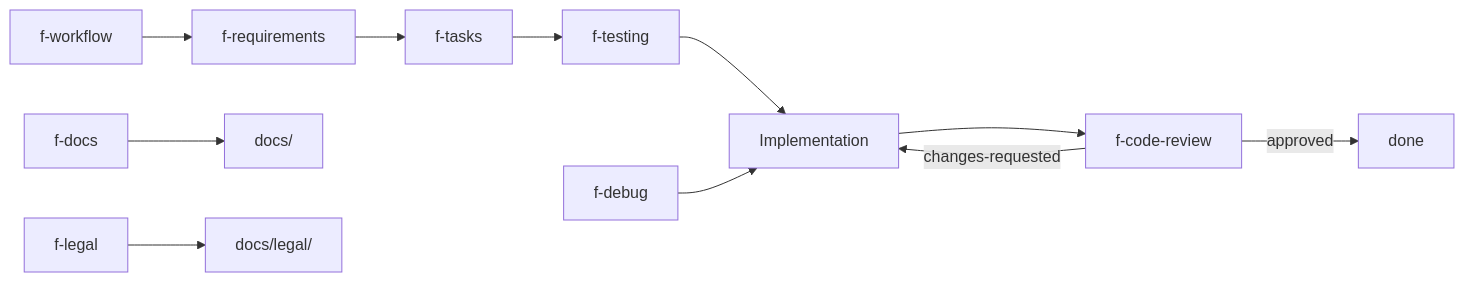
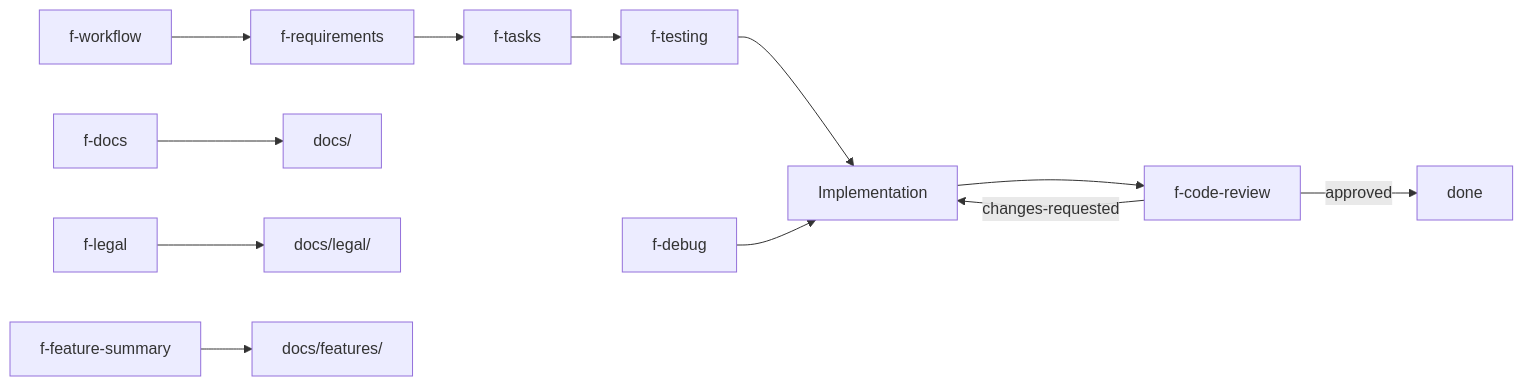
The diagram in docs/architecture.md (fuellner/acf), drawn with Mermaid before and after one commit. The commit also changed other lines of this file and 14 other files, not shown here.

First line of the commit message:
Add f-feature-summary and register it in the workflow menu.

````diff
--- a/docs/architecture.md
+++ b/docs/architecture.md
@@ -28,13 +29,14 @@
 ```mermaid
 flowchart LR
   A[f-workflow] --> B[f-requirements]
   B --> C[f-tasks]
   C --> D[f-testing]
   D --> E[Implementation]
   E --> F[f-code-review]
   F -->|changes-requested| E
   F -->|approved| G[done]
   H[f-debug] --> E
   I[f-docs] --> J[docs/]
   K[f-legal] --> L[docs/legal/]
+  M[f-feature-summary] --> N[docs/features/]
 ```
````
